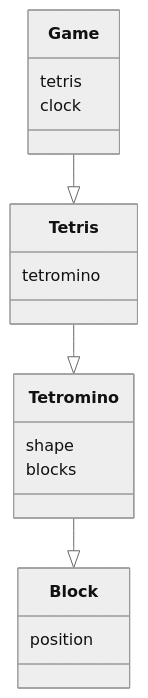
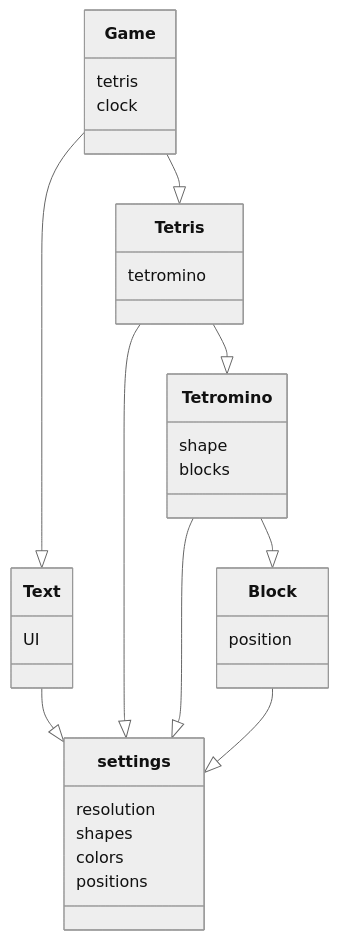
Before and after one commit to t0ffe/OhTe: the diagram in dokumentaatio/arkkitehtuuri.md, drawn with Mermaid (neutral theme). The commit also changed 9 other files, not shown here.

````diff
--- a/dokumentaatio/arkkitehtuuri.md
+++ b/dokumentaatio/arkkitehtuuri.md
@@ -1,23 +1,37 @@
 ```mermaid
 
 classDiagram
     class Tetromino{
         shape
         blocks
     }
     class Tetris{
         tetromino
     }
     class Block{
         position
     }
     class Game{
         tetris
         clock
     }
+    class Text{
+        UI
+    }
+    class settings{
+        resolution
+        shapes
+        colors
+        positions
+    }
 
     Game --|> Tetris
     Tetris --|> Tetromino
     Tetromino --|> Block
+    Game --|> Text
+    Text  --|> settings
+    Tetris --|> settings
+    Tetromino --|> settings
+    Block --|> settings
 
 ```
````
